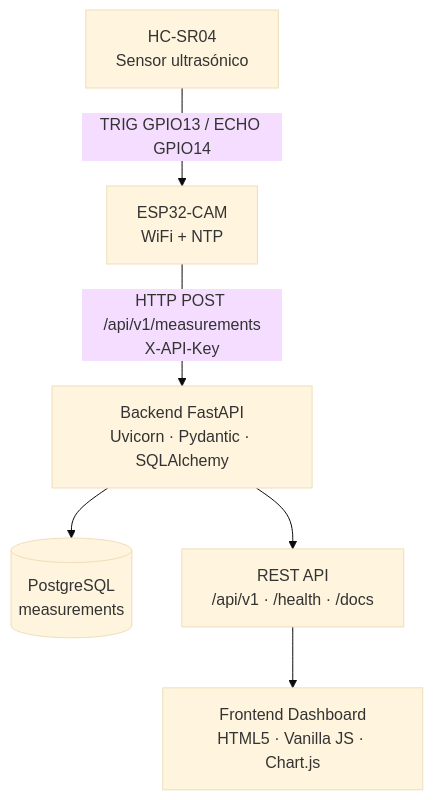
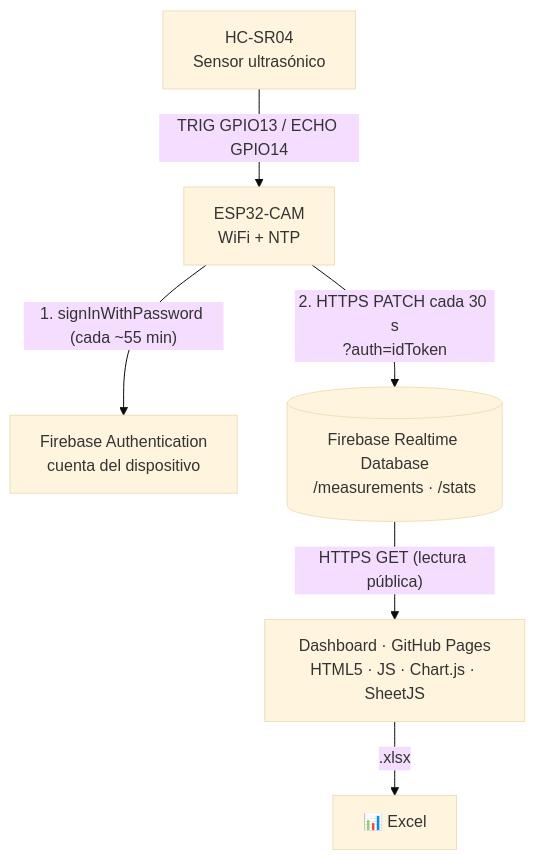
The first of 2 diagrams in README.md (jose-i-rm/esp32-distance-monitoring-system), drawn with Mermaid (base theme) before and after one commit. The commit also changed other lines of this file and 22 other files, not shown here.

First line of the commit message:
feat: migrar almacenamiento a Firebase y exportar lecturas a Excel

````diff
--- a/README.md
+++ b/README.md
@@ -48,8 +66,8 @@
 ```mermaid
 flowchart TD
     HC["HC-SR04<br/>Sensor ultrasónico"] -->|TRIG GPIO13 / ECHO GPIO14| ESP["ESP32-CAM<br/>WiFi + NTP"]
-    ESP -->|"HTTP POST /api/v1/measurements<br/>X-API-Key"| API["Backend FastAPI<br/>Uvicorn · Pydantic · SQLAlchemy"]
-    API --> DB[("PostgreSQL<br/>measurements")]
-    API --> REST["REST API<br/>/api/v1 · /health · /docs"]
-    REST --> UI["Frontend Dashboard<br/>HTML5 · Vanilla JS · Chart.js"]
+    ESP -->|"1. signInWithPassword (cada ~55 min)"| AUTH["Firebase Authentication<br/>cuenta del dispositivo"]
+    ESP -->|"2. HTTPS PATCH cada 30 s<br/>?auth=idToken"| DB[("Firebase Realtime Database<br/>/measurements · /stats")]
+    DB -->|"HTTPS GET (lectura pública)"| UI["Dashboard · GitHub Pages<br/>HTML5 · JS · Chart.js · SheetJS"]
+    UI -->|.xlsx| XLS["📊 Excel"]
 ```
````
